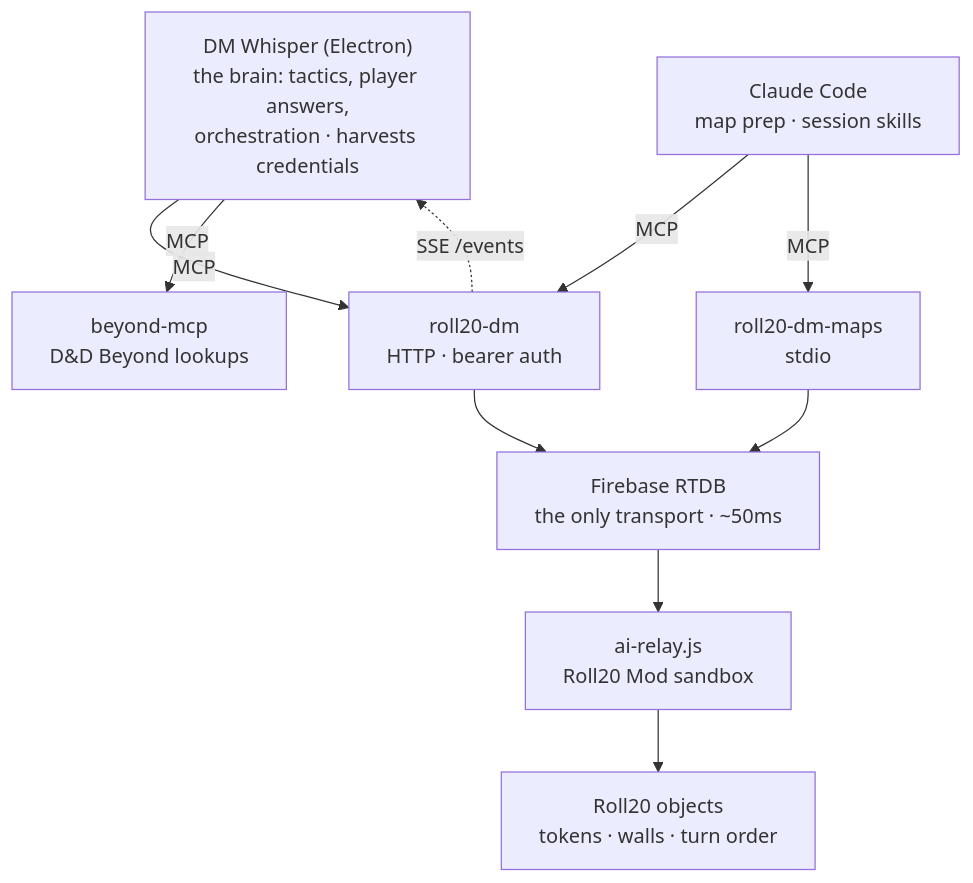
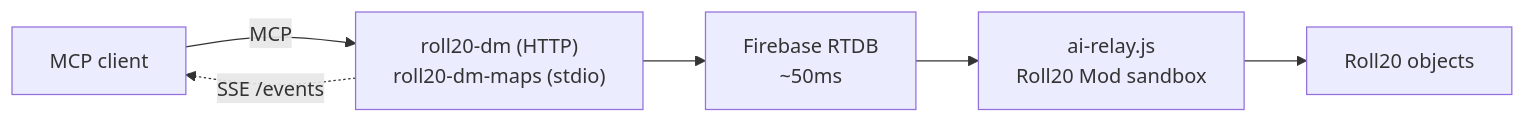
The diagram in README.md (eschatus/roll20-dm-mcp), drawn with Mermaid before and after one commit. The commit also changed other lines of this file, not shown here.

````diff
--- a/README.md
+++ b/README.md
@@ -27,21 +20,8 @@
 ```mermaid
-flowchart TD
-    GEM["DM Whisper (Electron)<br/>the brain: tactics, player answers,<br/>orchestration · harvests credentials"]
-    CC["Claude Code<br/>map prep · session skills"]
-    SRV["roll20-dm<br/>HTTP · bearer auth"]
-    MAPS["roll20-dm-maps<br/>stdio"]
-    BEY["beyond-mcp<br/>D&D Beyond lookups"]
-    RT["Firebase RTDB<br/>the only transport · ~50ms"]
-    MOD["ai-relay.js<br/>Roll20 Mod sandbox"]
-    R20["Roll20 objects<br/>tokens · walls · turn order"]
-
-    GEM -->|MCP| SRV
-    GEM -->|MCP| BEY
-    CC -->|MCP| SRV
-    CC -->|MCP| MAPS
-    SRV --> RT
-    MAPS --> RT
-    RT --> MOD
-    MOD --> R20
-    SRV -.->|SSE /events| GEM
+flowchart LR
+    CLIENT["MCP client"] -->|MCP| SRV["roll20-dm (HTTP)<br/>roll20-dm-maps (stdio)"]
+    SRV --> RT["Firebase RTDB<br/>~50ms"]
+    RT --> MOD["ai-relay.js<br/>Roll20 Mod sandbox"]
+    MOD --> R20["Roll20 objects"]
+    SRV -.->|"SSE /events"| CLIENT
 ```
````
